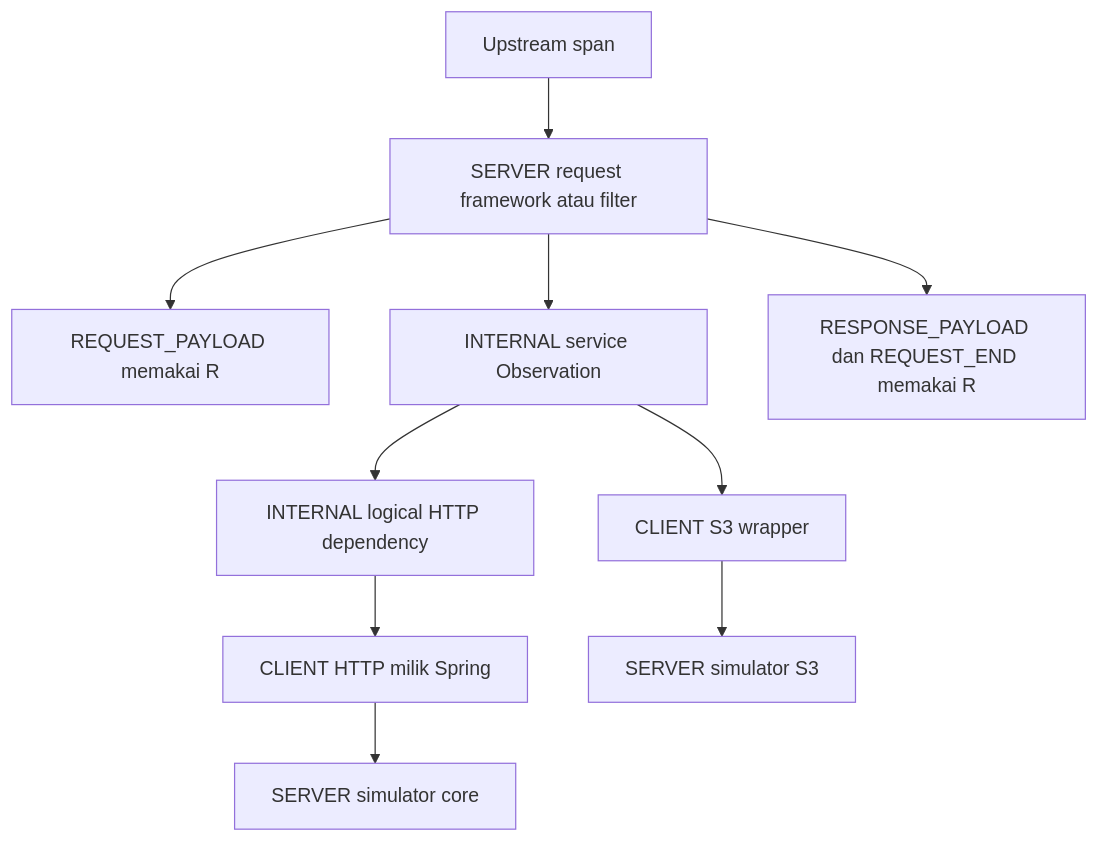
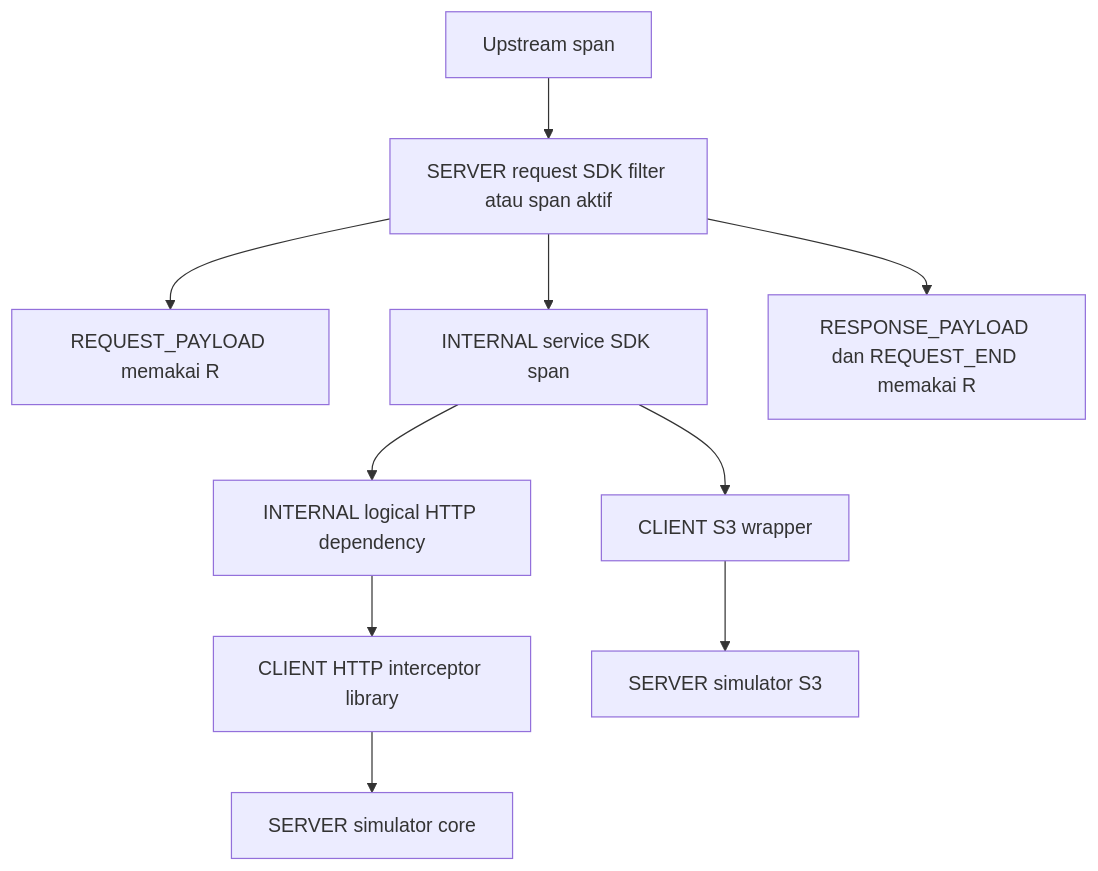
Before and after one commit to farhan-web/backend-common-logging: the diagram in backend-common-logging/TRACE-CONTEXT.md, drawn with Mermaid. The commit also changed other lines of this file and 87 other files, not shown here.

````diff
--- a/backend-common-logging/TRACE-CONTEXT.md
+++ b/backend-common-logging/TRACE-CONTEXT.md
@@ -17,12 +17,12 @@
 ```mermaid
 flowchart TD
-    U[Upstream span] --> R[SERVER request framework atau filter]
+    U[Upstream span] --> R[SERVER request SDK filter atau span aktif]
     R --> P[REQUEST_PAYLOAD memakai R]
-    R --> S[INTERNAL service Observation]
+    R --> S[INTERNAL service SDK span]
     S --> I[INTERNAL logical HTTP dependency]
-    I --> C[CLIENT HTTP milik Spring]
+    I --> C[CLIENT HTTP interceptor library]
     C --> D[SERVER simulator core]
     S --> A[CLIENT S3 wrapper]
     A --> B[SERVER simulator S3]
     R --> E[RESPONSE_PAYLOAD dan REQUEST_END memakai R]
 ```
````
